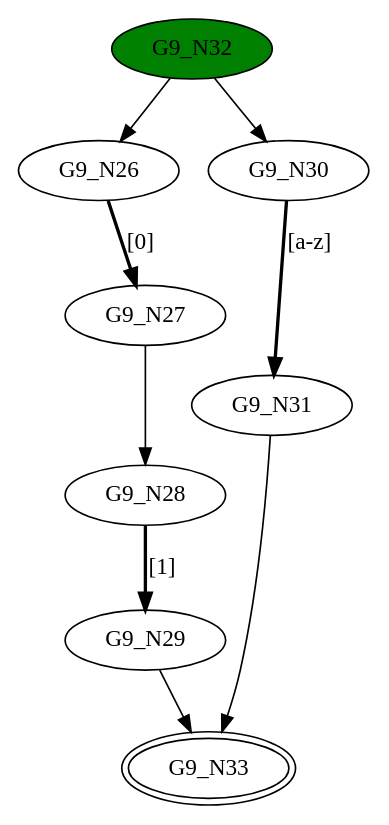
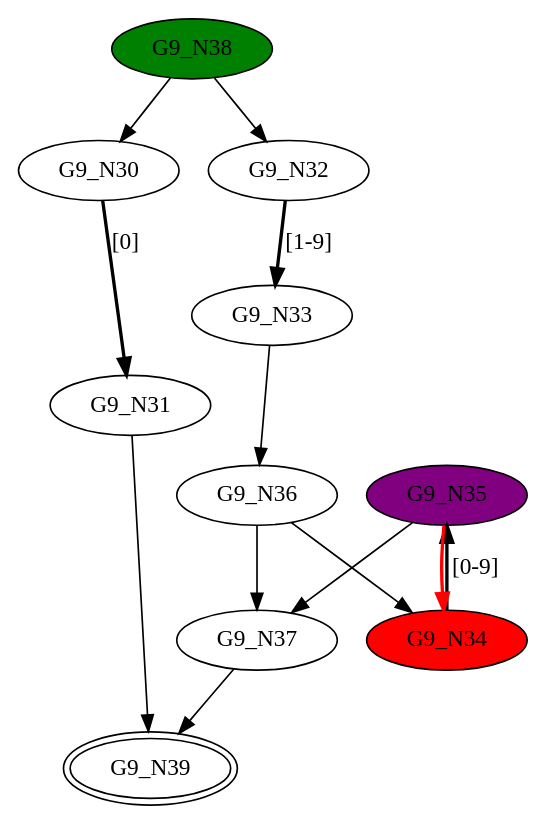
Before and after one commit to GDimitroulakos/EDUFLEX: the diagram in DFASimulator/Testbench/Alternation_G9.dot, drawn with Graphviz. The commit also changed 72 other files, not shown here.

```diff
--- a/DFASimulator/Testbench/Alternation_G9.dot
+++ b/DFASimulator/Testbench/Alternation_G9.dot
@@ -1,18 +1,24 @@
 digraph G9{
-"G9_N26";
-"G9_N27";
-"G9_N28";
-"G9_N29";
 "G9_N30";
 "G9_N31";
-"G9_N32" [style=filled,fillcolor=green];
-"G9_N33" [peripheries=2];
-"G9_N26"->"G9_N27" [style = bold, label = "[0]"];
-"G9_N28"->"G9_N29" [style = bold, label = "[1]"];
-"G9_N27"->"G9_N28";
-"G9_N30"->"G9_N31" [style = bold, label = "[a-z]"];
-"G9_N32"->"G9_N26";
-"G9_N32"->"G9_N30";
-"G9_N31"->"G9_N33";
-"G9_N29"->"G9_N33";
+"G9_N32";
+"G9_N33";
+"G9_N34" [style=filled,fillcolor=red];
+"G9_N35" [style=filled,fillcolor=purple];
+"G9_N36";
+"G9_N37";
+"G9_N38" [style=filled,fillcolor=green];
+"G9_N39" [peripheries=2];
+"G9_N30"->"G9_N31" [style = bold, label = "[0]"];
+"G9_N32"->"G9_N33" [style = bold, label = "[1-9]"];
+"G9_N34"->"G9_N35" [style = bold, label = "[0-9]"];
+"G9_N36"->"G9_N34";
+"G9_N35"->"G9_N37";
+"G9_N36"->"G9_N37";
+"G9_N35"->"G9_N34" [color=red,style = bold, label = ""];
+"G9_N33"->"G9_N36";
+"G9_N38"->"G9_N30";
+"G9_N38"->"G9_N32";
+"G9_N37"->"G9_N39";
+"G9_N31"->"G9_N39";
 }
```
